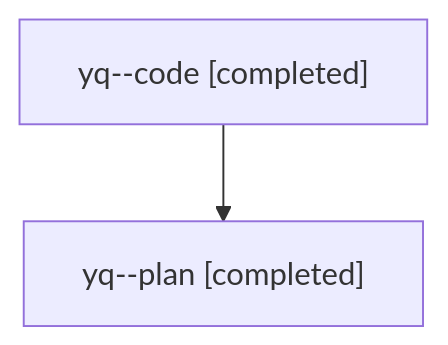
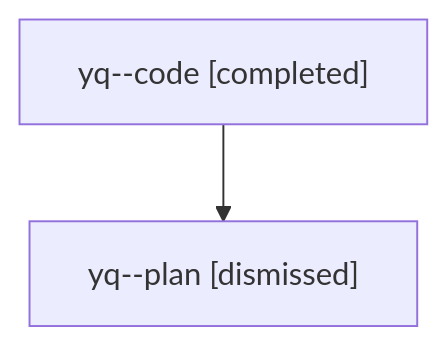
Before and after one commit to sase-org/sase--agents: the diagram in families/bbugyi200.athena.yq.md, drawn with Mermaid. The commit also changed other lines of this file and 1607 other files, not shown here.

````diff
--- a/families/bbugyi200.athena.yq.md
+++ b/families/bbugyi200.athena.yq.md
@@ -9,6 +9,6 @@
 ```mermaid
 flowchart TD
   n0["yq--code [completed]"]
-  n1["yq--plan [completed]"]
+  n1["yq--plan [dismissed]"]
   n0 --> n1
 ```
````
